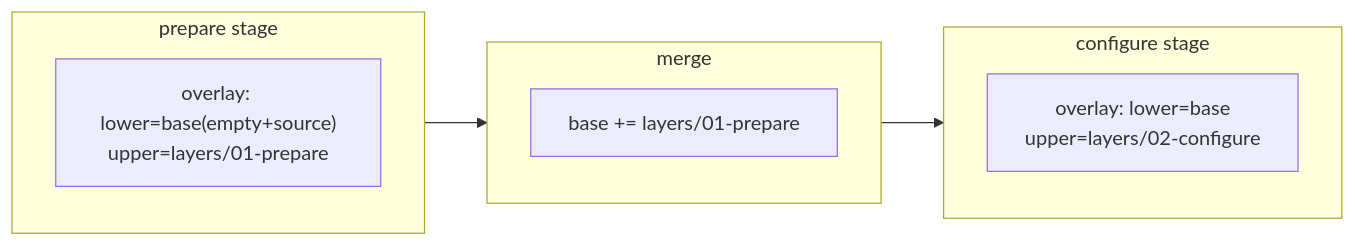
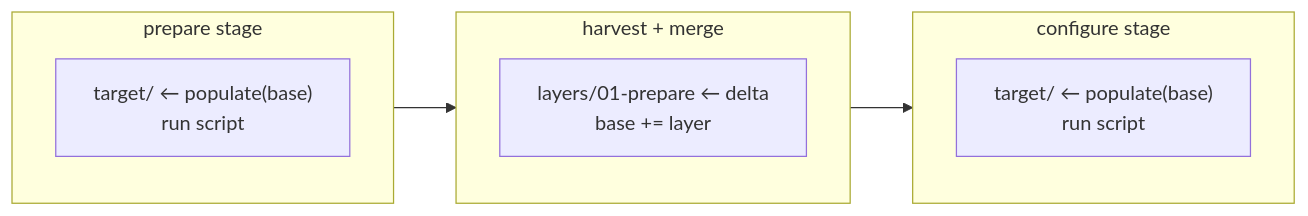
Before and after one commit to ming2k/wright: the second of 3 diagrams in docs/explanation/overlayfs-layers.md, drawn with Mermaid. The commit also changed other lines of this file and 19 other files, not shown here.

````diff
--- a/docs/explanation/overlayfs-layers.md
+++ b/docs/explanation/overlayfs-layers.md
@@ -94,14 +95,14 @@
 ```mermaid
 flowchart LR
     subgraph stage1 ["prepare stage"]
-        P1["overlay: lower=base(empty+source)<br/>upper=layers/01-prepare"]
+        P1["target/ ← populate(base)<br/>run script"]
     end
-    subgraph merge1 ["merge"]
-        M1["base += layers/01-prepare"]
+    subgraph harvest1 ["harvest + merge"]
+        M1["layers/01-prepare ← delta<br/>base += layer"]
     end
     subgraph stage2 ["configure stage"]
-        C1["overlay: lower=base<br/>upper=layers/02-configure"]
+        C1["target/ ← populate(base)<br/>run script"]
     end
 
-    stage1 --> merge1 --> stage2
+    stage1 --> harvest1 --> stage2
 ```
````
